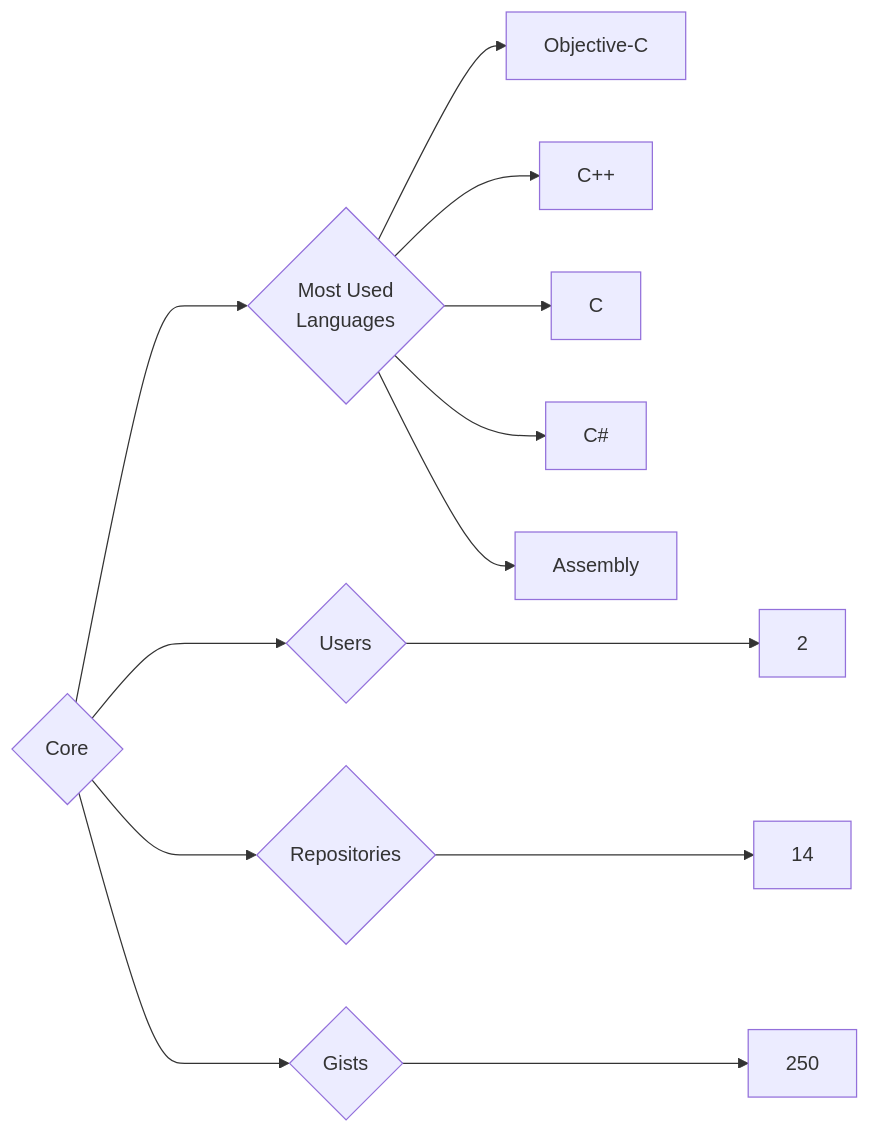
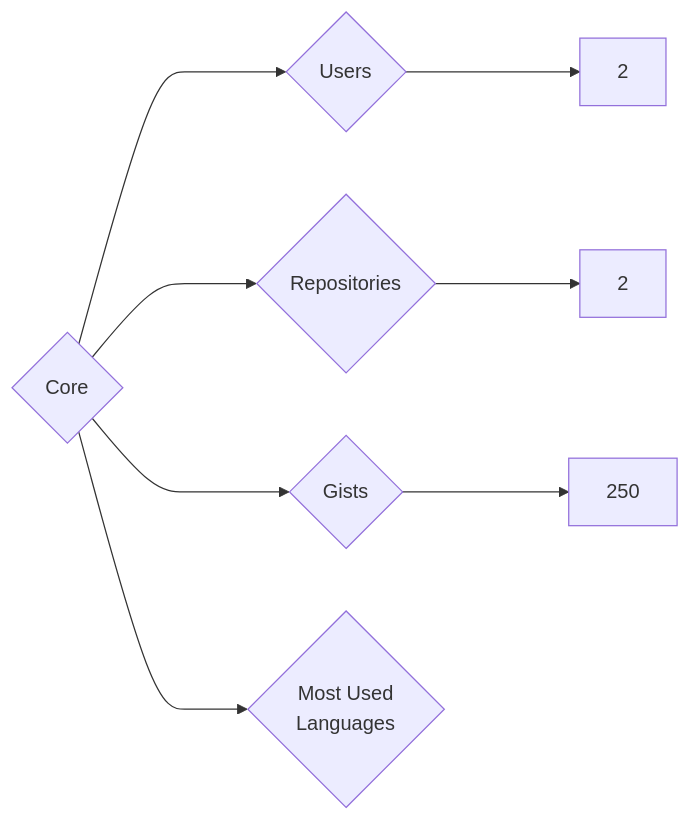
Before and after one commit to trickest/insiders: the diagram in targets/Core/README.md, drawn with Mermaid. The commit also changed 840 other files, not shown here.

````diff
--- a/targets/Core/README.md
+++ b/targets/Core/README.md
@@ -3,13 +3,8 @@
 ```mermaid
 graph LR
 COMPANY_NAME{Core}
 COMPANY_NAME ---> U{Users} ---> UN[2]
-COMPANY_NAME ---> R{Repositories} ---> RN[14]
+COMPANY_NAME ---> R{Repositories} ---> RN[2]
 COMPANY_NAME ---> G{Gists} ---> GN[250]
 COMPANY_NAME ---> ML{Most Used<br>Languages}
-ML --> Objective-C[Objective-C]
-ML --> C++[C++]
-ML --> C[C]
-ML --> C#[C#]
-ML --> Assembly[Assembly]
 ```
````
